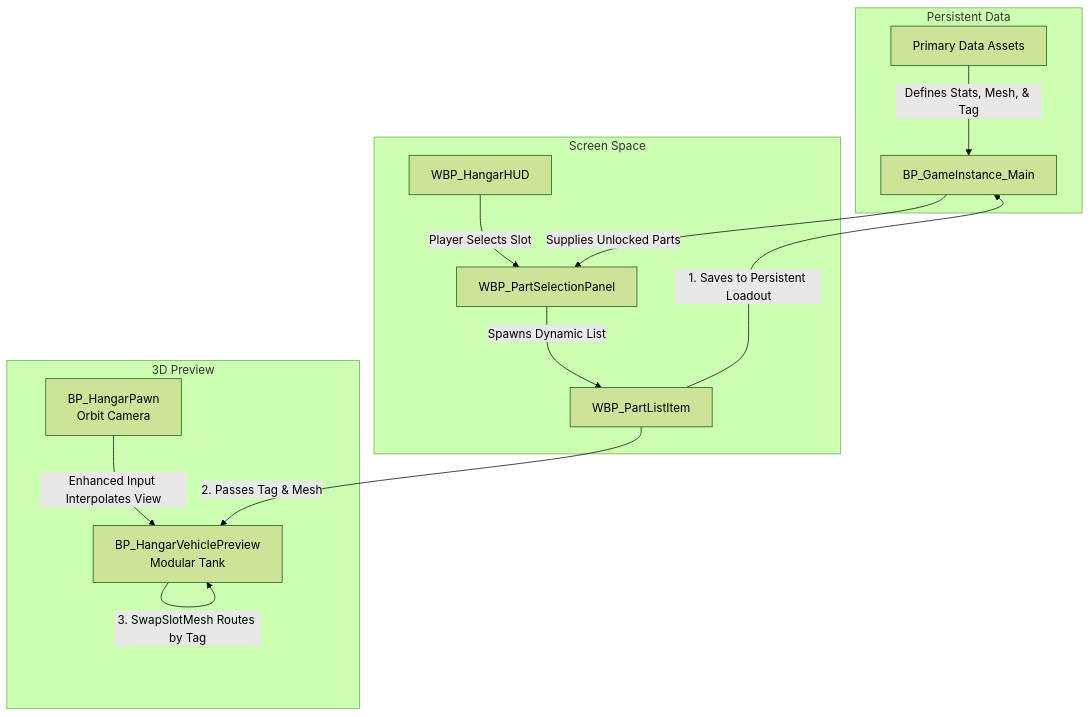
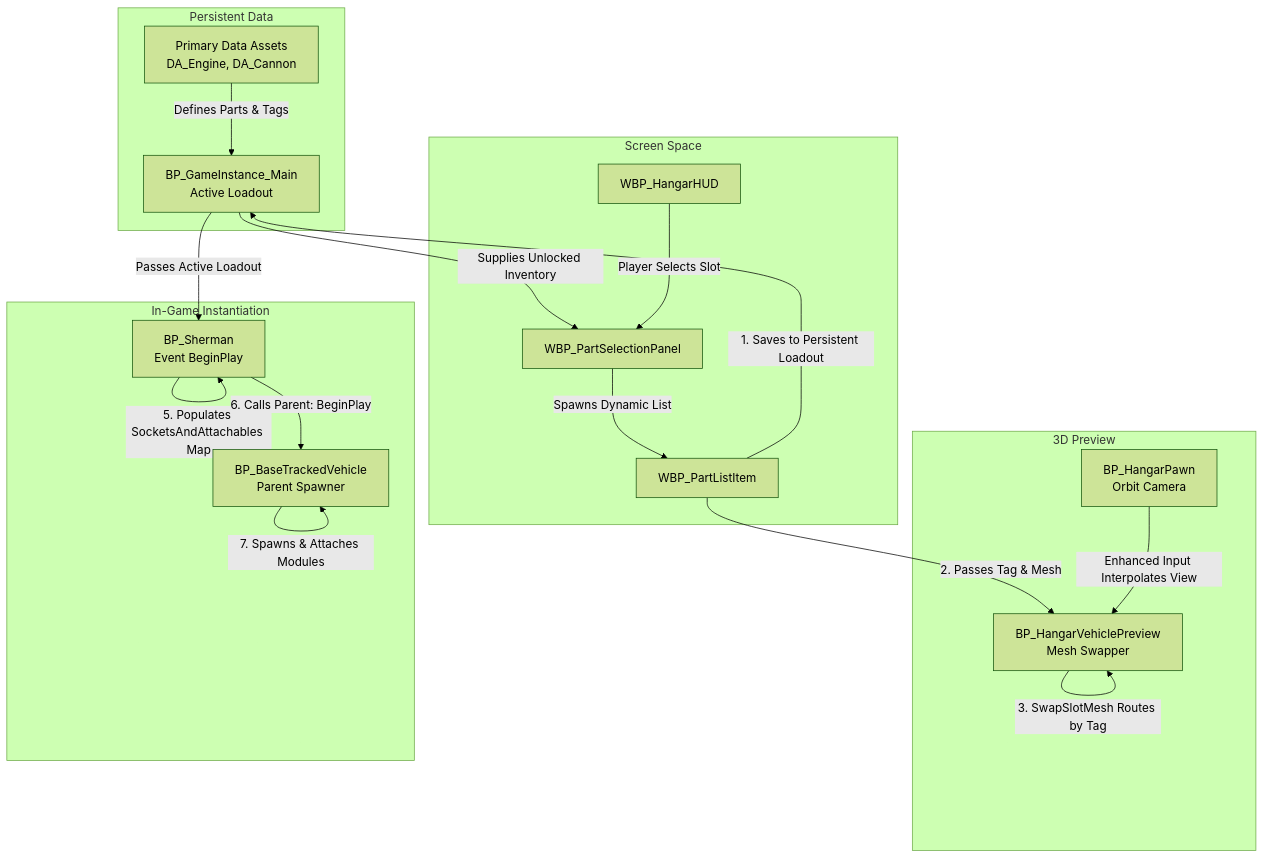
Before and after one commit to Zum0DePapaya/portfolio-cms: the diagram in src/projects/tank-commander.md, drawn with Mermaid (forest theme). The commit also changed other lines of this file, not shown here.

Commit message:
docs: expand BP_Sherman instantiation logic and update diagram

````diff
--- a/src/projects/tank-commander.md
+++ b/src/projects/tank-commander.md
@@ -32,32 +32,45 @@
 ```mermaid
 graph TD
     %% Data Layer
     subgraph Data Layer [Persistent Data]
-        GI[BP_GameInstance_Main]
-        PDA[Primary Data Assets]
+        GI[BP_GameInstance_Main<br>Active Loadout]
+        PDA[Primary Data Assets<br>DA_Engine, DA_Cannon]
     end
 
     %% UI Layer
-    subgraph UI Layer [Screen Space]
+    subgraph Hangar UI [Screen Space]
         HUD[WBP_HangarHUD]
         Panel[WBP_PartSelectionPanel]
         Item[WBP_PartListItem]
     end
 
     %% 3D Layer
-    subgraph World Layer [3D Preview]
+    subgraph Hangar World [3D Preview]
         Pawn[BP_HangarPawn<br>Orbit Camera]
-        Preview[BP_HangarVehiclePreview<br>Modular Tank]
+        Preview[BP_HangarVehiclePreview<br>Mesh Swapper]
+    end
+    
+    %% In-Game Layer
+    subgraph Gameplay [In-Game Instantiation]
+        Sherman[BP_Sherman<br>Event BeginPlay]
+        BaseTank[BP_BaseTrackedVehicle<br>Parent Spawner]
     end
 
-    PDA -- "Defines Stats, Mesh, & Tag" --> GI
-    GI -- "Supplies Unlocked Parts" --> Panel
+    %% Hangar Flow
+    PDA -- "Defines Parts & Tags" --> GI
+    GI -- "Supplies Unlocked Inventory" --> Panel
     HUD -- "Player Selects Slot" --> Panel
     Panel -- "Spawns Dynamic List" --> Item
     
     Item -- "1. Saves to Persistent Loadout" --> GI
     Item -- "2. Passes Tag & Mesh" --> Preview
     Preview -- "3. SwapSlotMesh Routes by Tag" --> Preview
+    Pawn -- "Enhanced Input Interpolates View" --> Preview
     
-    Pawn -- "Enhanced Input Interpolates View" --> Preview
+    %% Game Flow
+    GI -- "Passes Active Loadout" --> Sherman
+    Sherman -- "4. Resolves Soft References" --> Sherman
+    Sherman -- "5. Populates SocketsAndAttachables Map" --> Sherman
+    Sherman -- "6. Calls Parent: BeginPlay" --> BaseTank
+    BaseTank -- "7. Spawns & Attaches Modules" --> BaseTank
 ```
````
